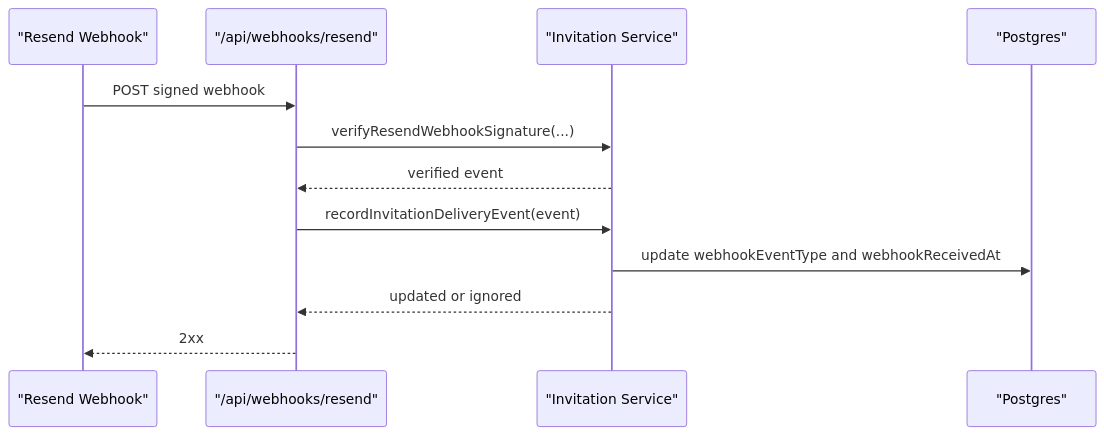
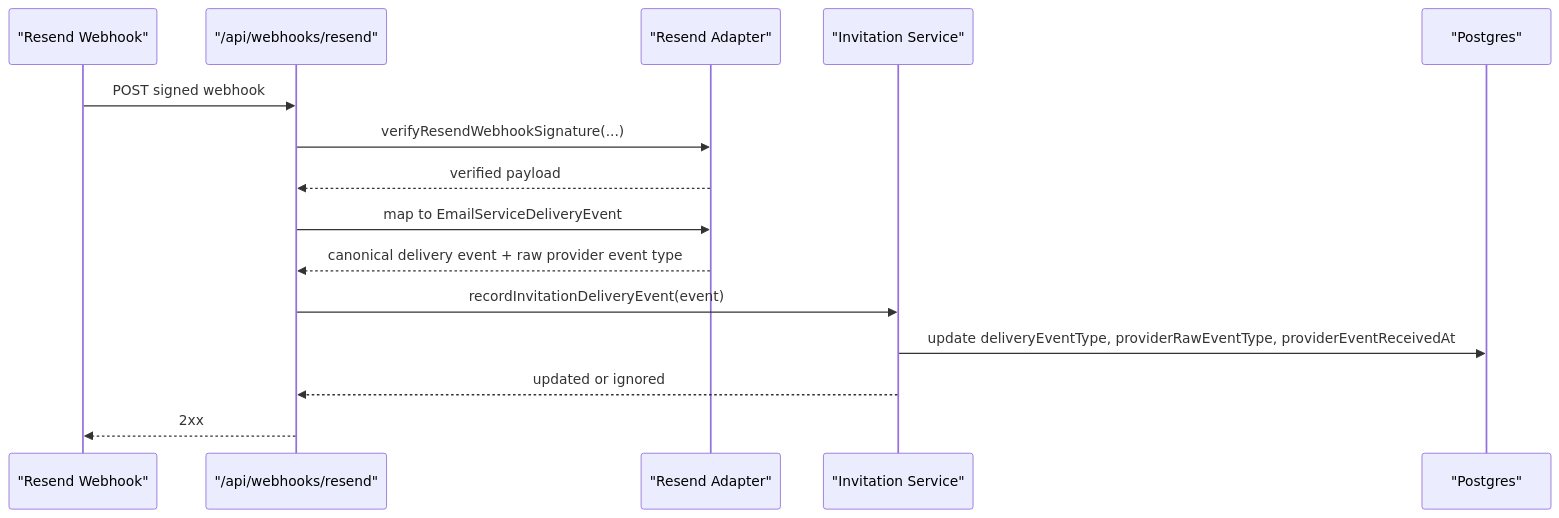
Diagram 12 of 18 in thoughts/shared/plans/2026-03-11-email-invitation-system-scenarios.md (Software-Design-Club/todo-app), drawn with Mermaid before and after one commit. The commit also changed other lines of this file and 1 other file, not shown here.

Commit message:
plan: expand invitation e2e coverage and email testability

````diff
--- a/thoughts/shared/plans/2026-03-11-email-invitation-system-scenarios.md
+++ b/thoughts/shared/plans/2026-03-11-email-invitation-system-scenarios.md
@@ -589,15 +594,18 @@
 ```mermaid
 sequenceDiagram
   participant Resend as "Resend Webhook"
   participant Route as "/api/webhooks/resend"
+  participant Adapter as "Resend Adapter"
   participant Service as "Invitation Service"
   participant DB as "Postgres"
 
   Resend->>Route: POST signed webhook
-  Route->>Service: verifyResendWebhookSignature(...)
-  Service-->>Route: verified event
+  Route->>Adapter: verifyResendWebhookSignature(...)
+  Adapter-->>Route: verified payload
+  Route->>Adapter: map to EmailServiceDeliveryEvent
+  Adapter-->>Route: canonical delivery event + raw provider event type
   Route->>Service: recordInvitationDeliveryEvent(event)
-  Service->>DB: update webhookEventType and webhookReceivedAt
+  Service->>DB: update deliveryEventType, providerRawEventType, providerEventReceivedAt
   Service-->>Route: updated or ignored
   Route-->>Resend: 2xx
 ```
````
